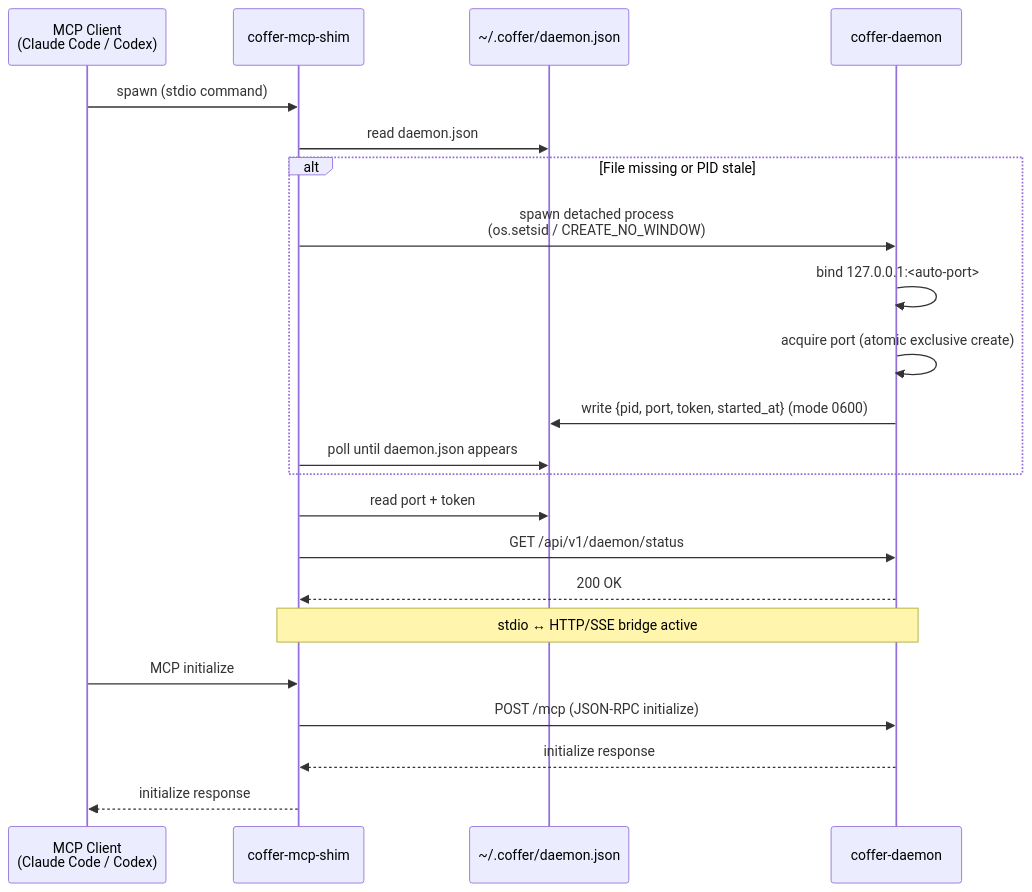
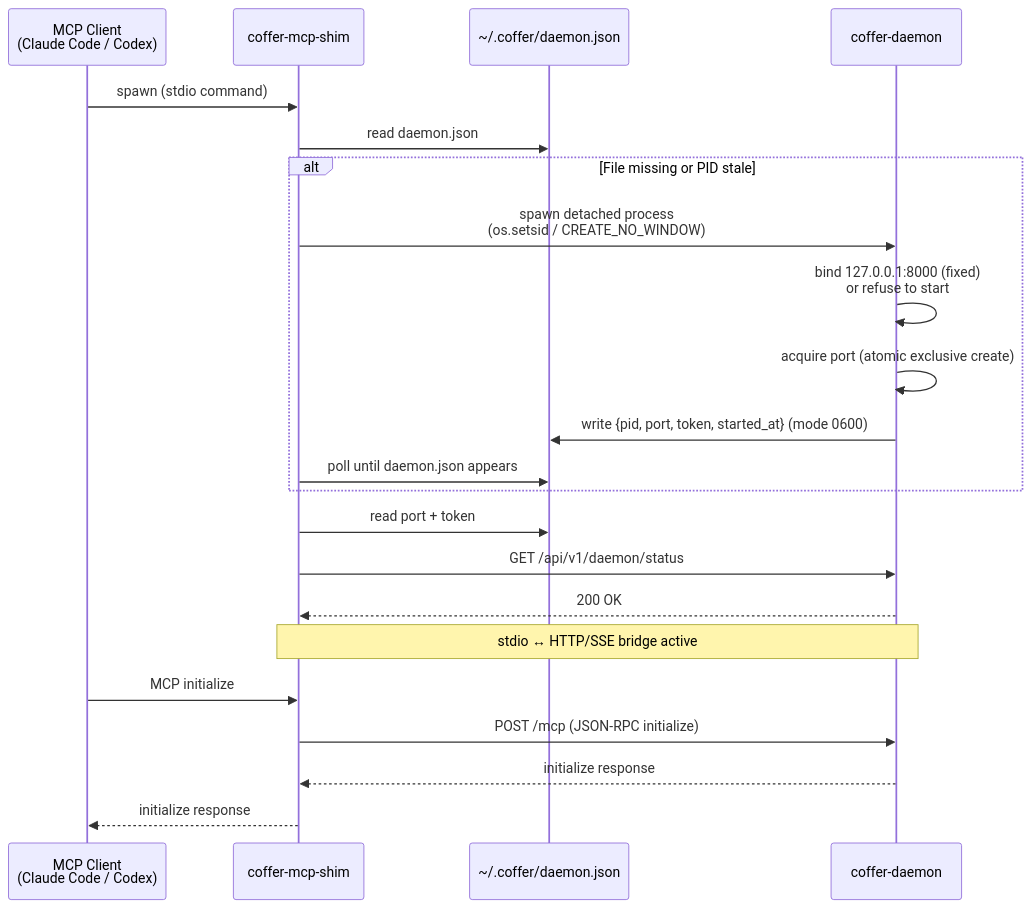
The diagram in docs-site/architecture/processes.md (wyx-sg/Coffer), drawn with Mermaid before and after one commit. The commit also changed other lines of this file and 625 other files, not shown here.

````diff
--- a/docs-site/architecture/processes.md
+++ b/docs-site/architecture/processes.md
@@ -72,25 +109,25 @@
 ```mermaid
 sequenceDiagram
     participant C as MCP Client<br/>(Claude Code / Codex)
     participant SH as coffer-mcp-shim
     participant FS as ~/.coffer/daemon.json
     participant D as coffer-daemon
 
     C->>SH: spawn (stdio command)
     SH->>FS: read daemon.json
     alt File missing or PID stale
         SH->>D: spawn detached process<br/>(os.setsid / CREATE_NO_WINDOW)
-        D->>D: bind 127.0.0.1:<auto-port>
+        D->>D: bind 127.0.0.1:8000 (fixed)<br/>or refuse to start
         D->>D: acquire port (atomic exclusive create)
         D->>FS: write {pid, port, token, started_at} (mode 0600)
         SH->>FS: poll until daemon.json appears
     end
     SH->>FS: read port + token
     SH->>D: GET /api/v1/daemon/status
     D-->>SH: 200 OK
     Note over SH,D: stdio ↔ HTTP/SSE bridge active
     C->>SH: MCP initialize
     SH->>D: POST /mcp (JSON-RPC initialize)
     D-->>SH: initialize response
     SH-->>C: initialize response
 ```
````
